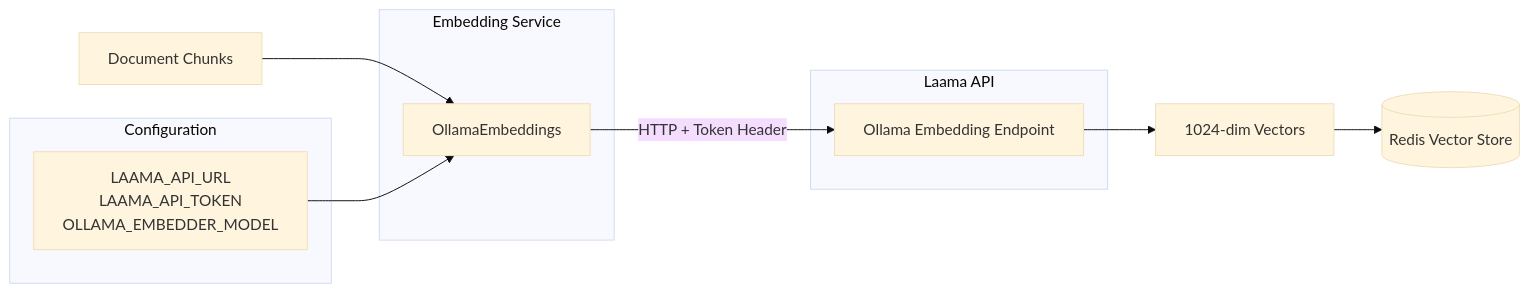
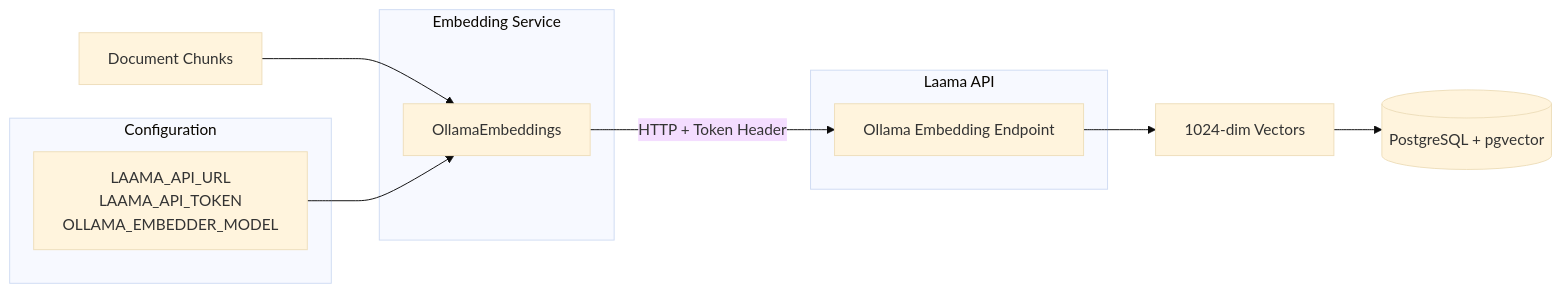
The third of 12 diagrams in documentation/system-architecture.md (UniversityOfHelsinkiCS/gptwrapper), drawn with Mermaid (base theme) before and after one commit. The commit also changed other lines of this file and 1 other file, not shown here.

````diff
--- a/documentation/system-architecture.md
+++ b/documentation/system-architecture.md
@@ -79,20 +79,20 @@
 ```mermaid
 flowchart LR
     subgraph "Embedding Service"
         Embedder[OllamaEmbeddings]
     end
 
     subgraph "Laama API"
         OllamaEmbed[Ollama Embedding Endpoint]
     end
 
     subgraph Configuration
         Config[LAAMA_API_URL<br/>LAAMA_API_TOKEN<br/>OLLAMA_EMBEDDER_MODEL]
     end
 
     Text[Document Chunks] --> Embedder
     Config --> Embedder
     Embedder -->|HTTP + Token Header| OllamaEmbed
     OllamaEmbed --> Vectors[1024-dim Vectors]
-    Vectors --> Redis[(Redis Vector Store)]
+    Vectors --> VectorDB[(PostgreSQL + pgvector)]
 ```
````
